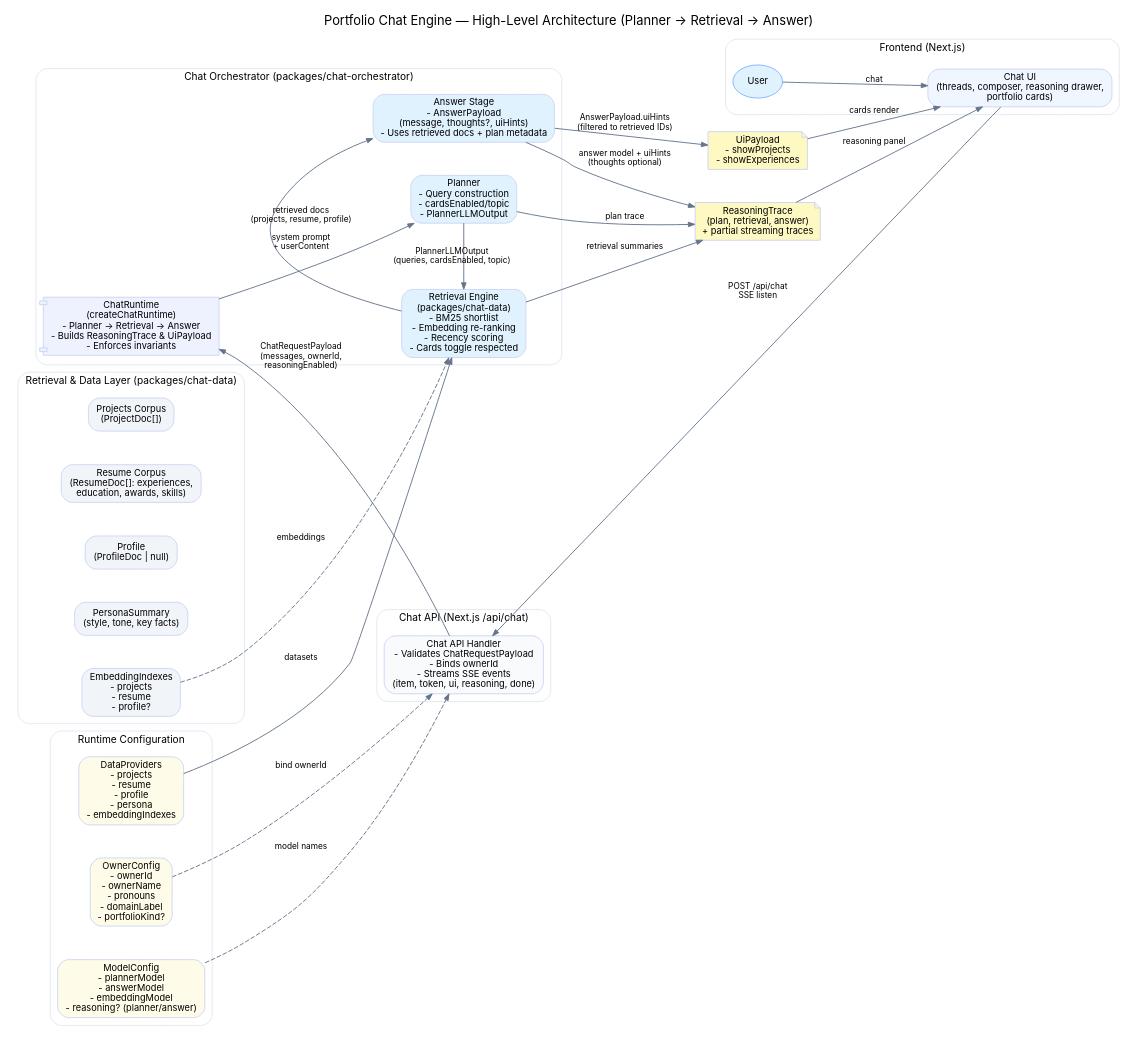
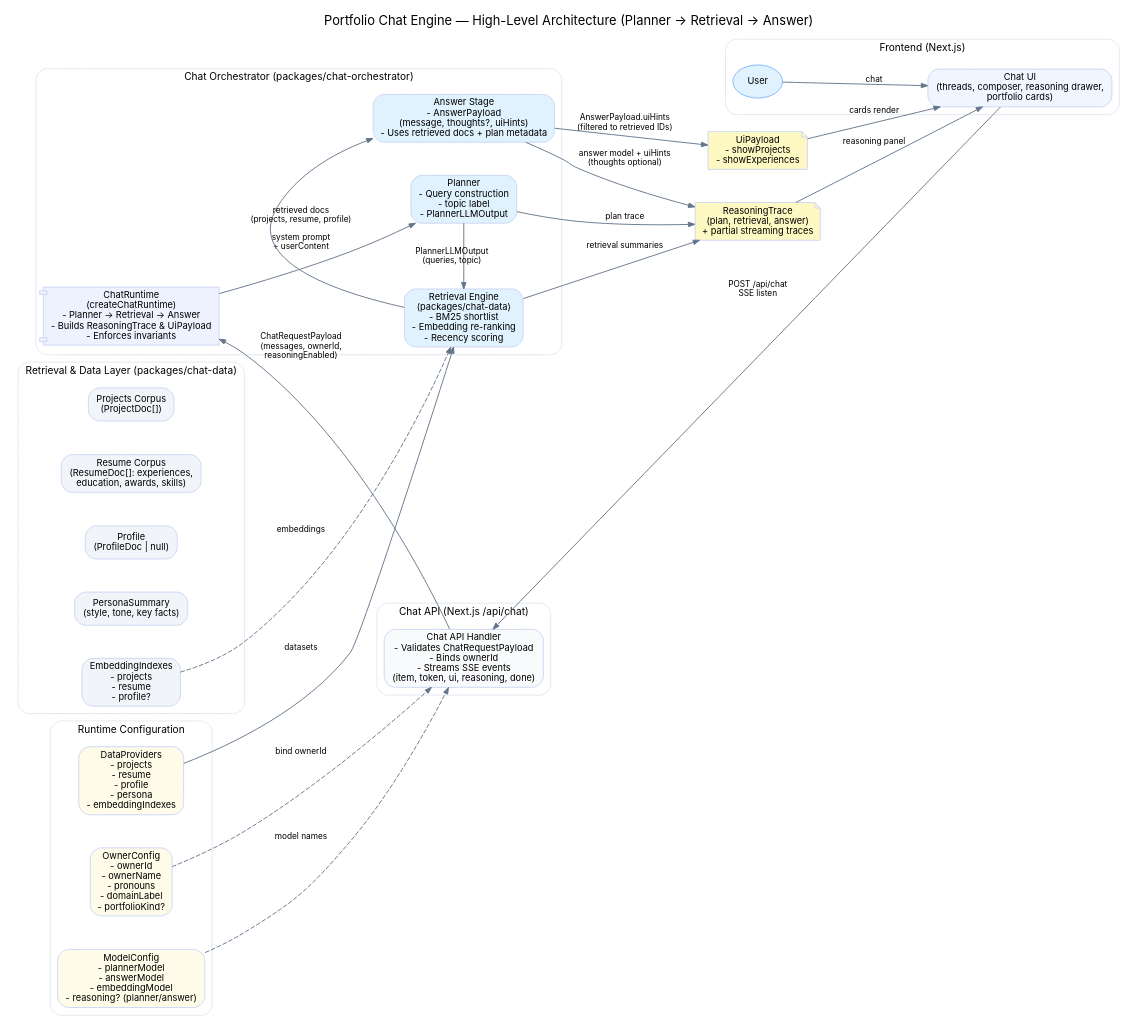
One commit to Volpestyle/portfolio changed the diagram in generated-diagrams/portfolio-chat-engine.dot. Above: the diagram before and after it, drawn with Graphviz. The commit also changed 7 other files, not shown here.

First line of the commit message:
chore: regenerate diagrams, persona, and preprocess metrics

```diff
--- a/generated-diagrams/portfolio-chat-engine.dot
+++ b/generated-diagrams/portfolio-chat-engine.dot
@@ -1,196 +1,196 @@
 digraph PortfolioChatEngine {
   graph [
     label="Portfolio Chat Engine — High-Level Architecture (Planner → Retrieval → Answer)",
     labelloc="t",
     fontsize=14,
     fontname="Inter, Helvetica, Arial",
     bgcolor="white",
     rankdir="LR",
     nodesep=0.5,
     ranksep=0.7,
     splines=true
   ];
 
   node [
     fontname="Inter, Helvetica, Arial",
     fontsize=10,
     shape=box,
     style="rounded,filled",
     fillcolor="#f8fafc",
     color="#cbd5f5"
   ];
 
   edge [
     fontname="Inter, Helvetica, Arial",
     fontsize=9,
     color="#64748b",
     arrowsize=0.7
   ];
 
   // =========================
   // Frontend & Chat API
   // =========================
   subgraph cluster_frontend {
     label="Frontend (Next.js)";
     fontsize=11;
     fontname="Inter, Helvetica, Arial";
     color="#e2e8f0";
     style="rounded";
 
     user [label="User", shape=oval, fillcolor="#e0f2fe", color="#7fb4ff"];
 
     frontend_ui [
       label="Chat UI\n(threads, composer, reasoning drawer,\nportfolio cards)",
       shape=box,
       fillcolor="#eff6ff"
     ];
   }
 
   subgraph cluster_api {
     label="Chat API (Next.js /api/chat)";
     fontsize=11;
     fontname="Inter, Helvetica, Arial";
     color="#e2e8f0";
     style="rounded";
 
     chat_api [
       label="Chat API Handler\n- Validates ChatRequestPayload\n- Binds ownerId\n- Streams SSE events\n(item, token, ui, reasoning, done)"
     ];
   }
 
   // =========================
   // Runtime Config
   // =========================
   subgraph cluster_config {
     label="Runtime Configuration";
     fontsize=11;
     fontname="Inter, Helvetica, Arial";
     color="#e2e8f0";
     style="rounded";
 
     owner_config [
       label="OwnerConfig\n- ownerId\n- ownerName\n- pronouns\n- domainLabel\n- portfolioKind?",
       fillcolor="#fefce8"
     ];
 
     model_config [
       label="ModelConfig\n- plannerModel\n- answerModel\n- embeddingModel\n- reasoning? (planner/answer)",
       fillcolor="#fefce8"
     ];
 
     data_providers [
       label="DataProviders\n- projects\n- resume\n- profile\n- persona\n- embeddingIndexes",
       fillcolor="#fefce8"
     ];
   }
 
   // =========================
   // Orchestrator & Pipeline
   // =========================
   subgraph cluster_orchestrator {
     label="Chat Orchestrator (packages/chat-orchestrator)";
     fontsize=11;
     fontname="Inter, Helvetica, Arial";
     color="#e2e8f0";
     style="rounded";
 
     orchestrator [
       label="ChatRuntime\n(createChatRuntime)\n- Planner → Retrieval → Answer\n- Builds ReasoningTrace & UiPayload\n- Enforces invariants",
       shape=component,
       fillcolor="#eef2ff"
     ];
 
     planner [
-      label="Planner\n- Query construction\n- cardsEnabled/topic\n- PlannerLLMOutput",
+      label="Planner\n- Query construction\n- topic label\n- PlannerLLMOutput",
       fillcolor="#e0f2fe"
     ];
 
     retrieval [
-      label="Retrieval Engine\n(packages/chat-data)\n- BM25 shortlist\n- Embedding re-ranking\n- Recency scoring\n- Cards toggle respected",
+      label="Retrieval Engine\n(packages/chat-data)\n- BM25 shortlist\n- Embedding re-ranking\n- Recency scoring",
       fillcolor="#e0f2fe"
     ];
 
     answer [
       label="Answer Stage\n- AnswerPayload\n(message, thoughts?, uiHints)\n- Uses retrieved docs + plan metadata",
       fillcolor="#e0f2fe"
     ];
 
     { rank = same; planner; retrieval; answer; }
   }
 
   // =========================
   // Data & Retrieval Layer
   // =========================
   subgraph cluster_data {
     label="Retrieval & Data Layer (packages/chat-data)";
     fontsize=11;
     fontname="Inter, Helvetica, Arial";
     color="#e2e8f0";
     style="rounded";
 
     projects_corpus [
       label="Projects Corpus\n(ProjectDoc[])",
       fillcolor="#f1f5f9"
     ];
 
     resume_corpus [
       label="Resume Corpus\n(ResumeDoc[]: experiences,\neducation, awards, skills)",
       fillcolor="#f1f5f9"
     ];
 
     profile_corpus [
       label="Profile\n(ProfileDoc | null)",
       fillcolor="#f1f5f9"
     ];
 
     persona_summary [
       label="PersonaSummary\n(style, tone, key facts)",
       fillcolor="#f1f5f9"
     ];
 
     embedding_indexes [
       label="EmbeddingIndexes\n- projects\n- resume\n- profile?",
       fillcolor="#f1f5f9"
     ];
   }
 
   // =========================
   // Reasoning Trace & UI
   // =========================
   reasoning_trace [
     label="ReasoningTrace\n(plan, retrieval, answer)\n+ partial streaming traces",
     shape=note,
     fillcolor="#fef9c3"
   ];
 
   ui_payload [
     label="UiPayload\n- showProjects\n- showExperiences",
     shape=note,
     fillcolor="#fef9c3"
   ];
 
   // =========================
   // Wiring
   // =========================
   user -> frontend_ui [label="chat"];
   frontend_ui -> chat_api [label="POST /api/chat\nSSE listen"];
   chat_api -> orchestrator [label="ChatRequestPayload\n(messages, ownerId,\nreasoningEnabled)"];
 
   owner_config -> chat_api [style="dashed", label="bind ownerId"];
   model_config -> chat_api [style="dashed", label="model names"];
 
   data_providers -> retrieval [label="datasets"];
   embedding_indexes -> retrieval [style="dashed", label="embeddings"];
 
   orchestrator -> planner [label="system prompt\n+ userContent"];
-  planner -> retrieval [label="PlannerLLMOutput\n(queries, cardsEnabled, topic)"];
+  planner -> retrieval [label="PlannerLLMOutput\n(queries, topic)"];
   retrieval -> answer [label="retrieved docs\n(projects, resume, profile)"];
 
   answer -> ui_payload [label="AnswerPayload.uiHints\n(filtered to retrieved IDs)"];
   answer -> reasoning_trace [label="answer model + uiHints\n(thoughts optional)"];
   planner -> reasoning_trace [label="plan trace"];
   retrieval -> reasoning_trace [label="retrieval summaries"];
 
   ui_payload -> frontend_ui [label="cards render"];
   reasoning_trace -> frontend_ui [label="reasoning panel"];
 }
```
